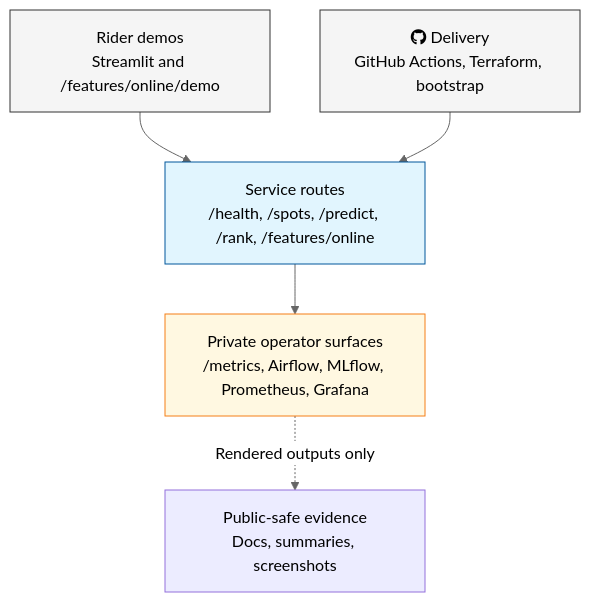
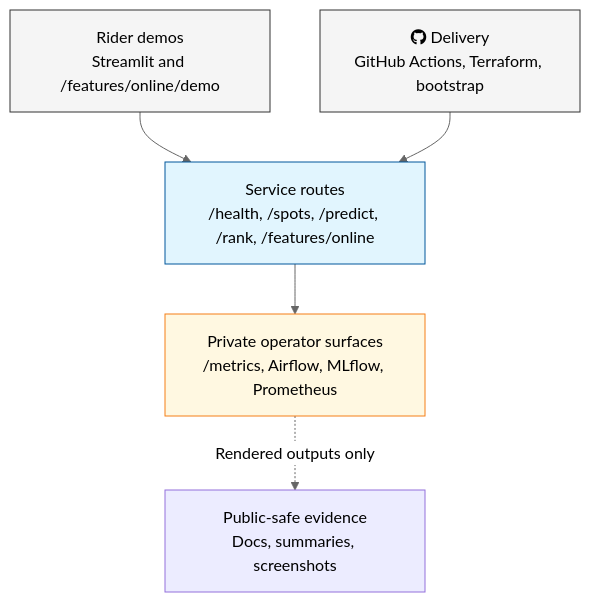
Before and after one commit to javihslu/foehncast: the diagram in docs/site/system/interfaces-and-surfaces.md, drawn with Mermaid (neutral theme). The commit also changed other lines of this file and 15 other files, not shown here.

```diff
--- a/docs/site/system/interfaces-and-surfaces.md
+++ b/docs/site/system/interfaces-and-surfaces.md
@@ -13,18 +13,18 @@
 <div class="mermaid">
 flowchart TD
     classDef public fill:#f5f5f5,stroke:#333
     classDef service fill:#e1f5fe,stroke:#01579b
     classDef operator fill:#fff8e1,stroke:#f57f17
     classDef evidence fill:#ececff,stroke:#9370db
 
     RIDER["Rider demos<br/>Streamlit and /features/online/demo"]:::public
     SERVICE["Service routes<br/>/health, /spots, /predict, /rank, /features/online"]:::service
-    OPERATOR["Private operator surfaces<br/>/metrics, Airflow, MLflow, Prometheus, Grafana"]:::operator
+    OPERATOR["Private operator surfaces<br/>/metrics, Airflow, MLflow, Prometheus"]:::operator
     DELIVERY["fab:fa-github Delivery<br/>GitHub Actions, Terraform, bootstrap"]:::public
     EVIDENCE["Public-safe evidence<br/>Docs, summaries, screenshots"]:::evidence
 
     RIDER --> SERVICE
     DELIVERY --> SERVICE
     SERVICE --> OPERATOR
     OPERATOR -. "Rendered outputs only" .-> EVIDENCE
 </div>
```
